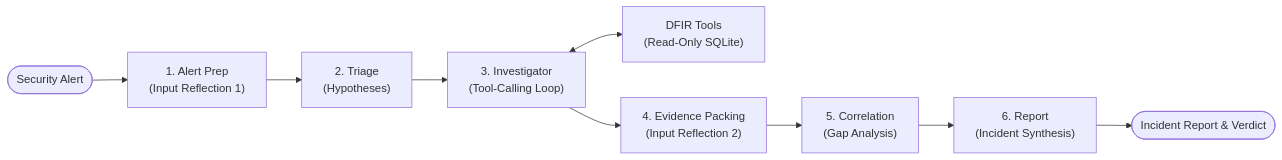
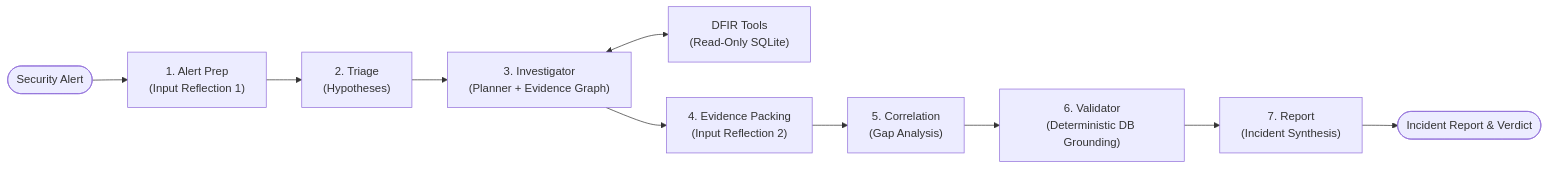
Before and after one commit to asaptanishq/Agentic-ai-investigator-for-endpoint-logs: the diagram in README.md, drawn with Mermaid. The commit also changed other lines of this file and 40 other files, not shown here.

````diff
--- a/README.md
+++ b/README.md
@@ -23,11 +24,12 @@
 ```mermaid
 flowchart LR
     Alert([Security Alert]) --> PREP["1. Alert Prep<br/>(Input Reflection 1)"]
     PREP --> TRIAGE["2. Triage<br/>(Hypotheses)"]
-    TRIAGE --> INV["3. Investigator<br/>(Tool-Calling Loop)"]
+    TRIAGE --> INV["3. Investigator<br/>(Planner + Evidence Graph)"]
     INV <--> TOOLS["DFIR Tools<br/>(Read-Only SQLite)"]
     INV --> PACK["4. Evidence Packing<br/>(Input Reflection 2)"]
     PACK --> CORR["5. Correlation<br/>(Gap Analysis)"]
-    CORR --> REPORT["6. Report<br/>(Incident Synthesis)"]
+    CORR --> VAL["6. Validator<br/>(Deterministic DB Grounding)"]
+    VAL --> REPORT["7. Report<br/>(Incident Synthesis)"]
     REPORT --> Verdict([Incident Report & Verdict])
 ```
````
